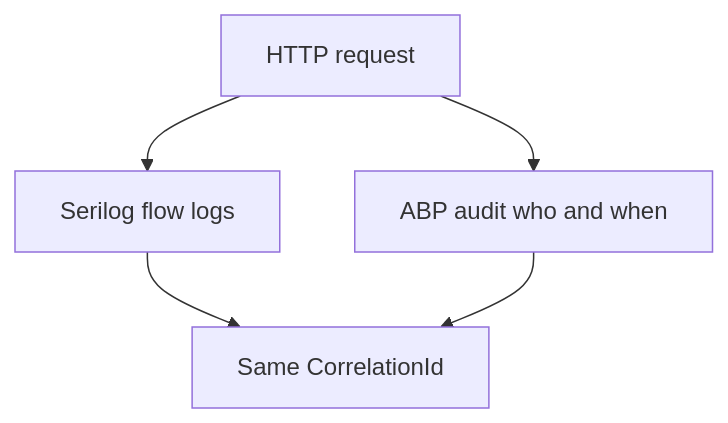
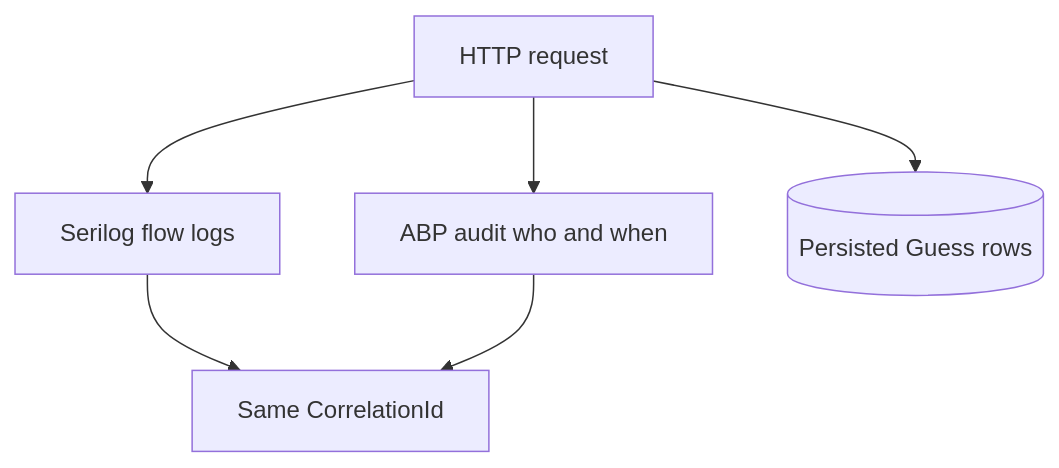
One commit to MostafaMonib/AbpGuessGame changed diagram 18 of 23 in DOCUMENTATION.md. Above: the diagram before and after it, drawn with Mermaid. The commit also changed other lines of this file and 288 other files, not shown here.

````diff
--- a/DOCUMENTATION.md
+++ b/DOCUMENTATION.md
@@ -924,10 +971,12 @@
 ```mermaid
 flowchart TB
   Req[HTTP request]
   Serilog[Serilog flow logs]
   Audit[ABP audit who and when]
+  Guesses[(Persisted Guess rows)]
   Req --> Serilog
   Req --> Audit
+  Req --> Guesses
   Serilog --> Join[Same CorrelationId]
   Audit --> Join
 ```
````
